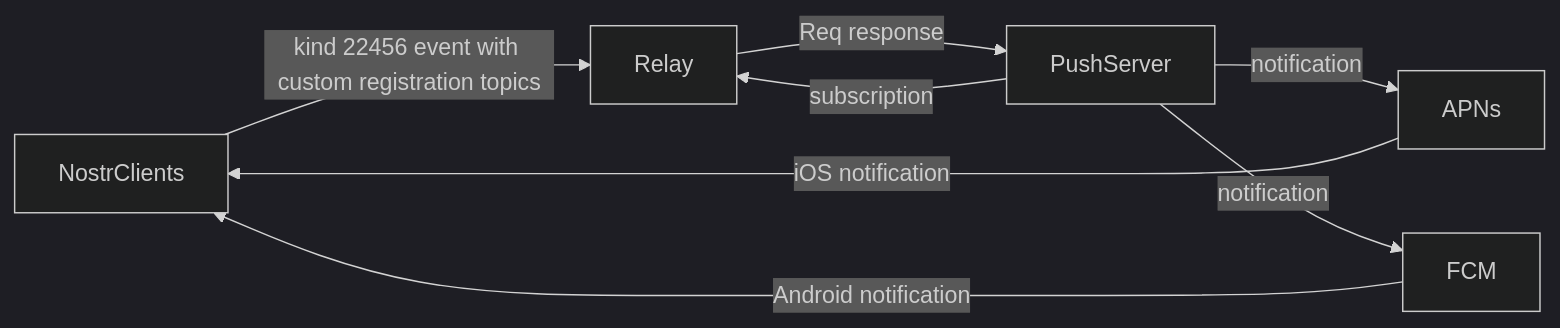
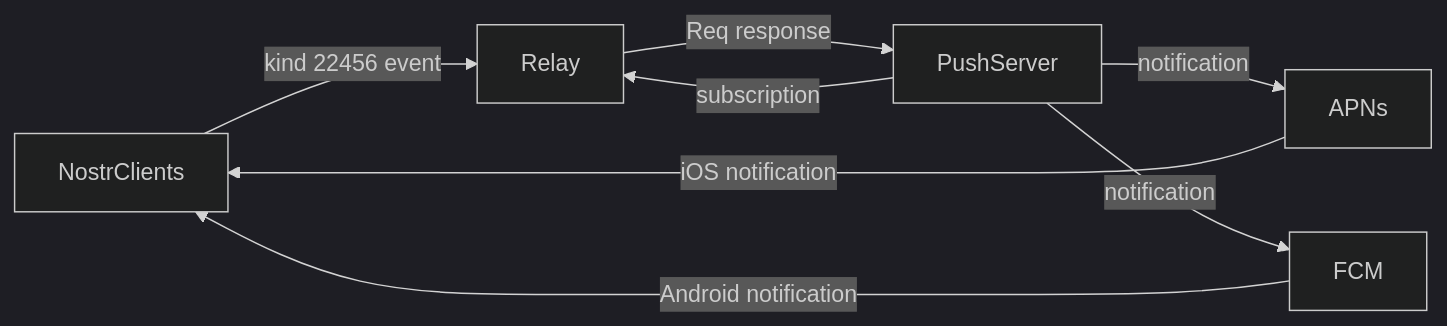
One commit to 0xchat-app/0xchat-core changed the diagram in doc/nofitications.md. Above: the diagram before and after it, drawn with Mermaid (dark theme).

````diff
--- a/doc/nofitications.md
+++ b/doc/nofitications.md
@@ -12,7 +12,7 @@
 ```mermaid
 flowchart LR
-    NostrClients --> |kind 22456 event with custom registration topics| Relay  
+    NostrClients --> |kind 22456 event| Relay  
     Relay --> |Req response| PushServer--> |notification| APNs --> |iOS notification| NostrClients
     PushServer --> |notification| FCM--> |Android notification| NostrClients
     PushServer --> |subscription |Relay
 ```
````
